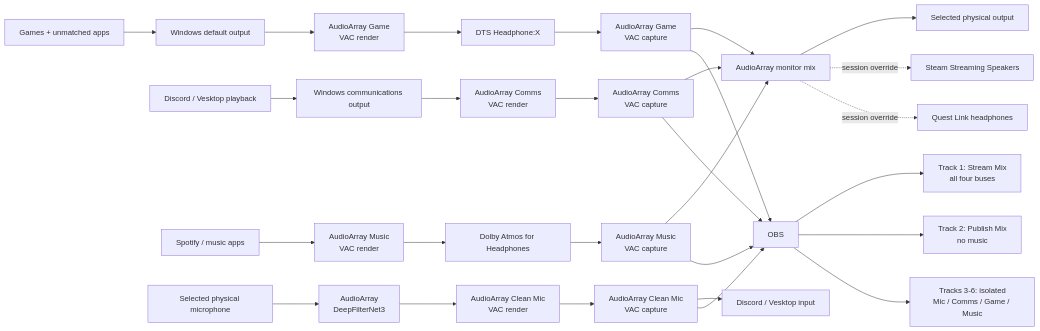
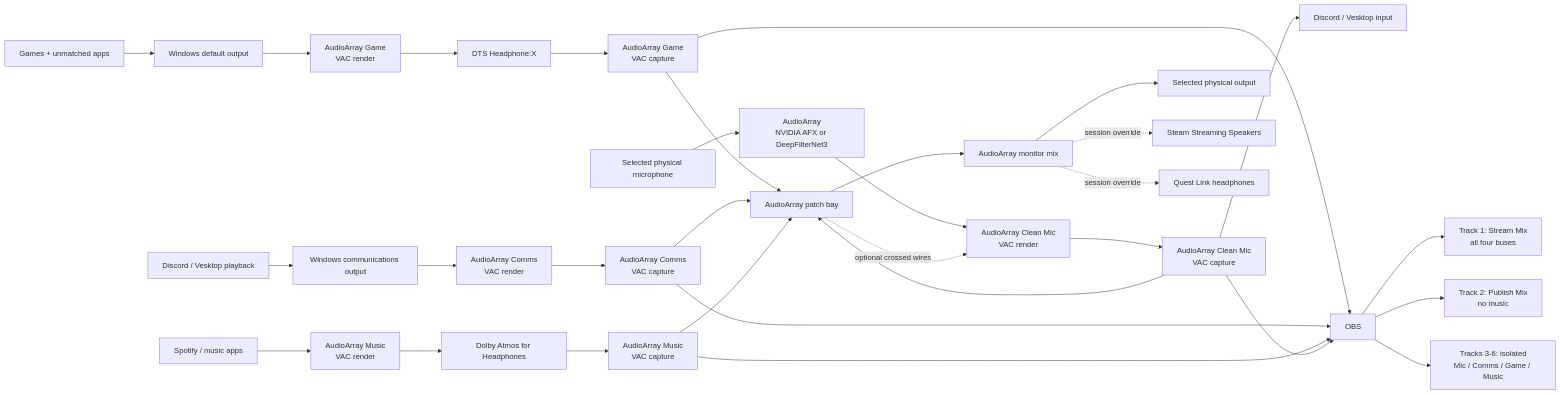
One commit to AlexAllocated/.dotfiles changed the diagram in packages/audioarray/README.md. Above: the diagram before and after it, drawn with Mermaid. The commit also changed other lines of this file and 31 other files, not shown here.

````diff
--- a/packages/audioarray/README.md
+++ b/packages/audioarray/README.md
@@ -66,35 +94,38 @@
 ```mermaid
 flowchart LR
    games[Games + unmatched apps] --> gameOut[Windows default output]
    gameOut --> gameRender[AudioArray Game<br/>VAC render]
    gameRender --> dts[DTS Headphone:X]
    dts --> gameCapture[AudioArray Game<br/>VAC capture]
 
    chat[Discord / Vesktop playback] --> commsOut[Windows communications output]
    commsOut --> commsRender[AudioArray Comms<br/>VAC render]
    commsRender --> commsCapture[AudioArray Comms<br/>VAC capture]
 
    spotify[Spotify / music apps] --> musicRender[AudioArray Music<br/>VAC render]
    musicRender --> atmos[Dolby Atmos for Headphones]
    atmos --> musicCapture[AudioArray Music<br/>VAC capture]
 
-   mic[Selected physical microphone] --> denoise[AudioArray<br/>DeepFilterNet3]
+   mic[Selected physical microphone] --> denoise[AudioArray<br/>NVIDIA AFX or DeepFilterNet3]
    denoise --> micRender[AudioArray Clean Mic<br/>VAC render]
    micRender --> micCapture[AudioArray Clean Mic<br/>VAC capture]
    micCapture --> chatInput[Discord / Vesktop input]
 
-   gameCapture --> monitor[AudioArray monitor mix]
-   commsCapture --> monitor
-   musicCapture --> monitor
+   gameCapture --> patchbay[AudioArray patch bay]
+   commsCapture --> patchbay
+   musicCapture --> patchbay
+   micCapture --> patchbay
+   patchbay --> monitor[AudioArray monitor mix]
+   patchbay -. optional crossed wires .-> micRender
    monitor --> localOutput[Selected physical output]
    monitor -. session override .-> moonlight[Steam Streaming Speakers]
    monitor -. session override .-> quest[Quest Link headphones]
 
    gameCapture --> obs[OBS]
    commsCapture --> obs
    musicCapture --> obs
    micCapture --> obs
    obs --> stream[Track 1: Stream Mix<br/>all four buses]
    obs --> publish[Track 2: Publish Mix<br/>no music]
    obs --> stems[Tracks 3-6: isolated<br/>Mic / Comms / Game / Music]
 ```
````
